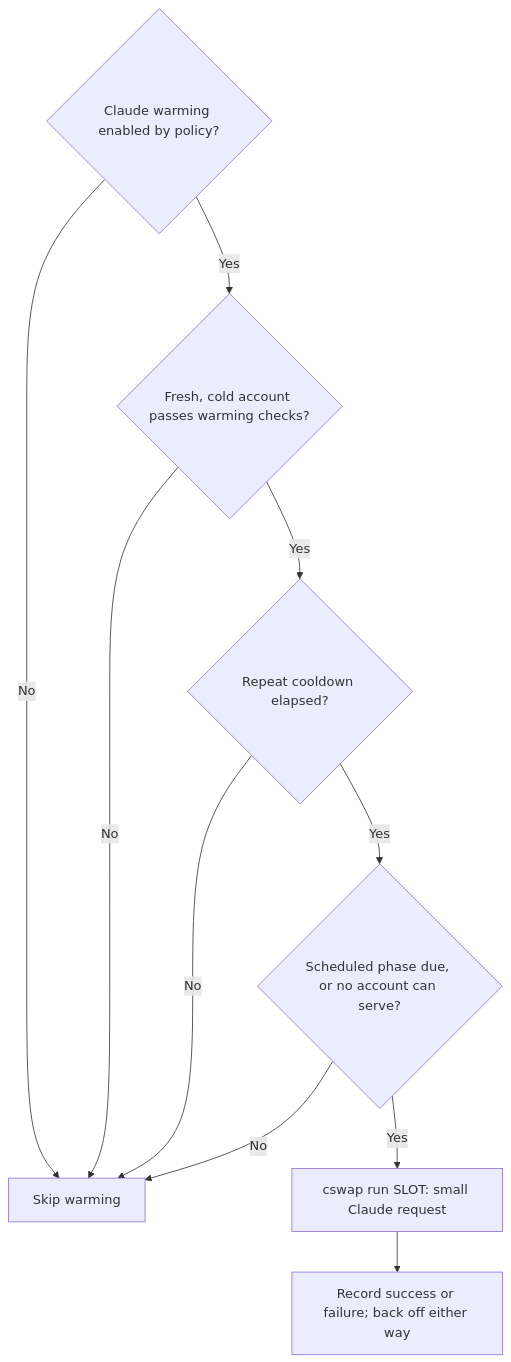
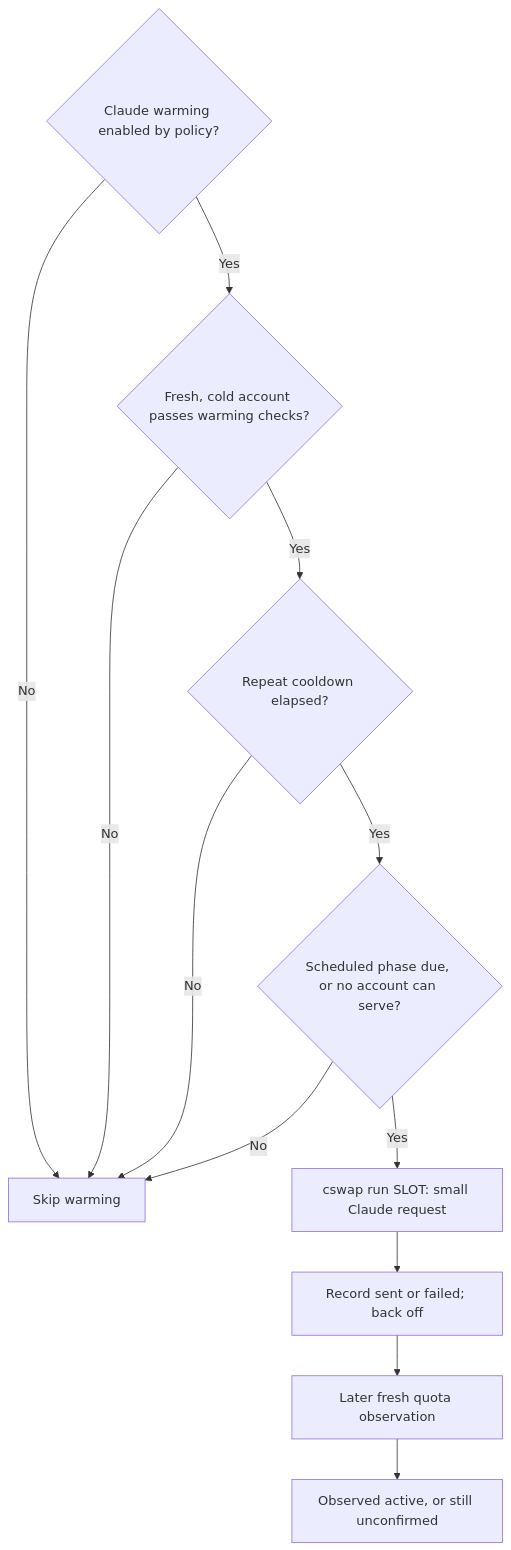
One commit to Mmore35/hotpl8 changed the second of 2 diagrams in docs/architecture.md. Above: the diagram before and after it, drawn with Mermaid. The commit also changed other lines of this file and 52 other files, not shown here.

````diff
--- a/docs/architecture.md
+++ b/docs/architecture.md
@@ -34,12 +34,14 @@
 ```mermaid
 flowchart TD
     A{Claude warming enabled by policy?} -- No --> S[Skip warming]
     A -- Yes --> B{Fresh, cold account passes warming checks?}
     B -- No --> S
     B -- Yes --> C{Repeat cooldown elapsed?}
     C -- No --> S
     C -- Yes --> D{Scheduled phase due, or no account can serve?}
     D -- No --> S
     D -- Yes --> E[cswap run SLOT: small Claude request]
-    E --> F[Record success or failure; back off either way]
+    E --> F[Record sent or failed; back off]
+    F --> G[Later fresh quota observation]
+    G --> H[Observed active, or still unconfirmed]
 ```
````
